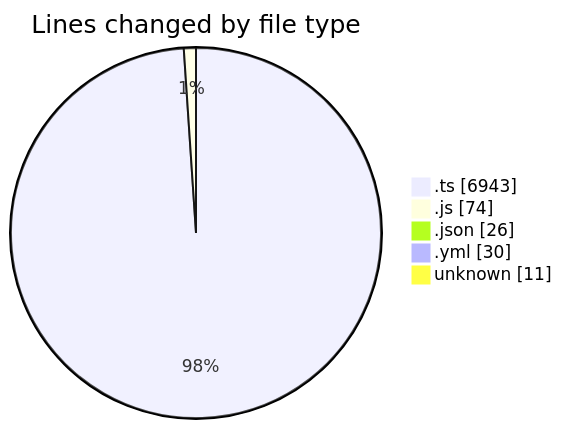
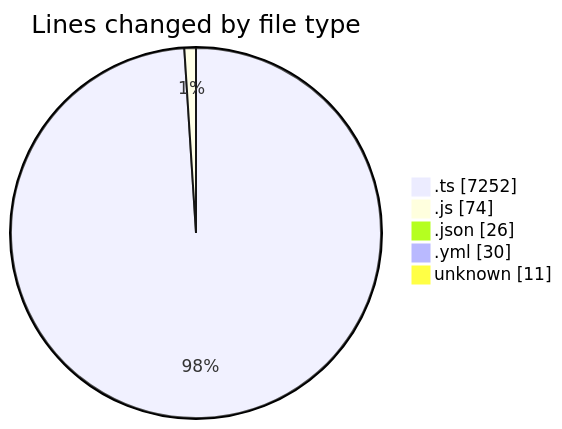
Before and after one commit to tmsrecording-cyber/code-tracking: the first of 2 diagrams in 2026-02-07/singularitybrainai/README.md, drawn with Mermaid. The commit also changed other lines of this file and 1 other file, not shown here.

````diff
--- a/2026-02-07/singularitybrainai/README.md
+++ b/2026-02-07/singularitybrainai/README.md
@@ -38,9 +39,9 @@
 ```mermaid
 pie showData
 title Lines changed by file type
-".ts" : 6943
+".ts" : 7252
 ".js" : 74
 ".json" : 26
 ".yml" : 30
 "unknown" : 11
 ```
````
